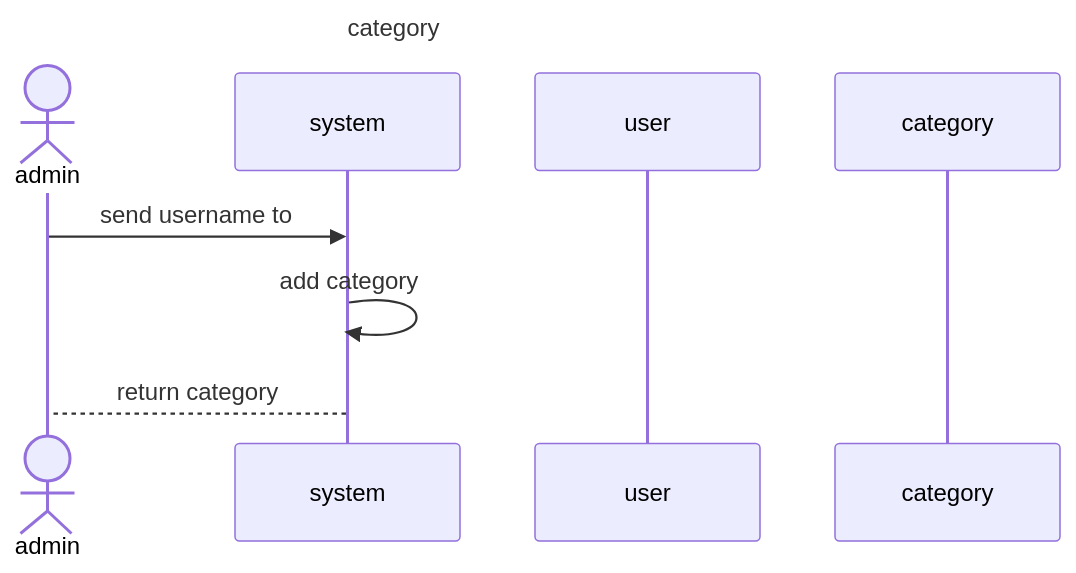
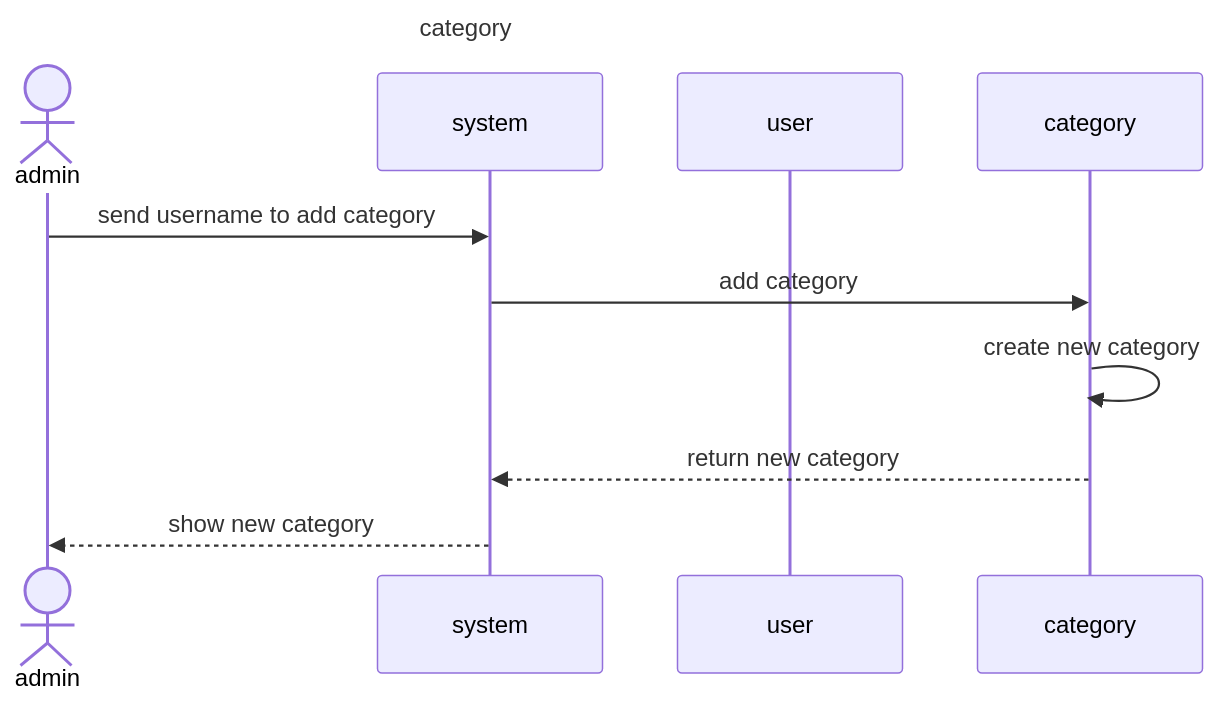
The diagram in sequence_diag/admin/add_categoy.mmd (MxMhx/OOP_Project_MK_website), drawn with Mermaid before and after one commit. The commit also changed other lines of this file, not shown here.

Commit message:
add sequence add category by admin

```diff
--- a/sequence_diag/admin/add_categoy.mmd
+++ b/sequence_diag/admin/add_categoy.mmd
@@ -1,9 +1,11 @@
 sequenceDiagram
     title category
     actor admin
     participant system
     participant user
     participant category
-    admin ->> system: send username to
-    system ->> system:add category
-    system --> admin : return category 
+    admin ->> system: send username to add category
+    system ->> category:add category
+    category ->> category:create new category
+    category -->> system : return new category 
+    system -->> admin:show new category
```
